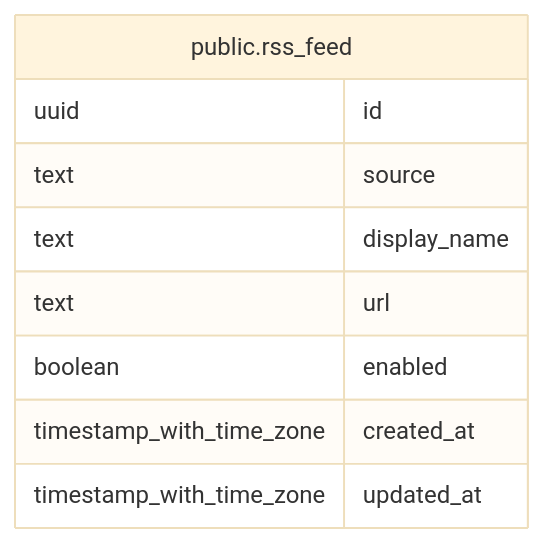
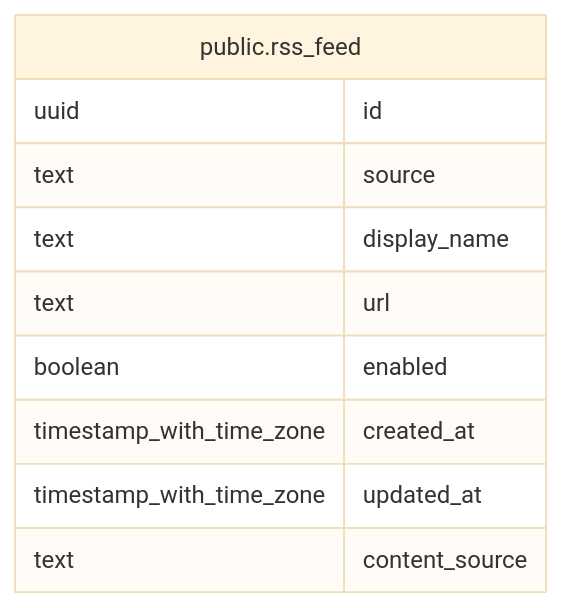
Before and after one commit to fohte/t-rader: the diagram in backend/docs/db/public.rss_feed.md, drawn with Mermaid (base theme). The commit also changed other lines of this file and 3 other files, not shown here.

````diff
--- a/backend/docs/db/public.rss_feed.md
+++ b/backend/docs/db/public.rss_feed.md
@@ -35,14 +37,15 @@
 ```mermaid
 erDiagram
 
 
 "public.rss_feed" {
   uuid id
   text source
   text display_name
   text url
   boolean enabled
   timestamp_with_time_zone created_at
   timestamp_with_time_zone updated_at
+  text content_source
 }
 ```
````
